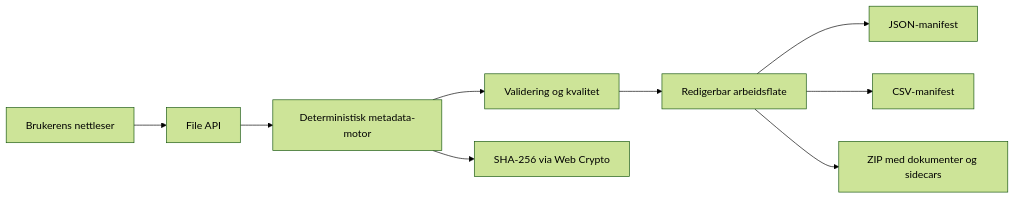
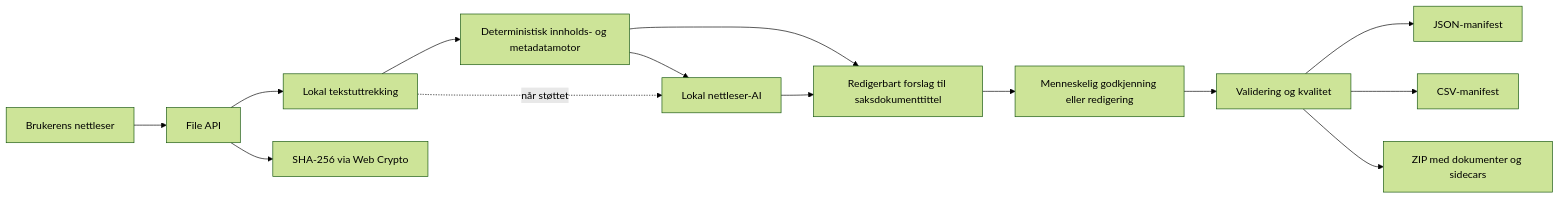
Before and after one commit to rolfss/Rolfs-projects-2026: the diagram in archive-assist/ARKITEKTUR.md, drawn with Mermaid (forest theme). The commit also changed other lines of this file and 21 other files, not shown here.

````diff
--- a/archive-assist/ARKITEKTUR.md
+++ b/archive-assist/ARKITEKTUR.md
@@ -5,11 +5,16 @@
 ```mermaid
 flowchart LR
   B[Brukerens nettleser] --> F[File API]
-  F --> E[Deterministisk metadata-motor]
-  E --> V[Validering og kvalitet]
-  E --> H[SHA-256 via Web Crypto]
-  V --> U[Redigerbar arbeidsflate]
-  U --> J[JSON-manifest]
-  U --> C[CSV-manifest]
-  U --> Z[ZIP med dokumenter og sidecars]
+  F --> X[Lokal tekstuttrekking]
+  F --> H[SHA-256 via Web Crypto]
+  X --> D[Deterministisk innholds- og metadatamotor]
+  D --> T[Redigerbart forslag til saksdokumenttittel]
+  X -. når støttet .-> A[Lokal nettleser-AI]
+  D --> A
+  A --> T
+  T --> M[Menneskelig godkjenning eller redigering]
+  M --> V[Validering og kvalitet]
+  V --> J[JSON-manifest]
+  V --> C[CSV-manifest]
+  V --> Z[ZIP med dokumenter og sidecars]
 ```
````
